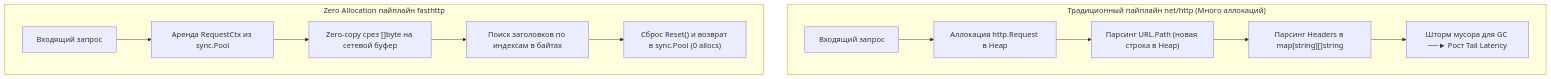
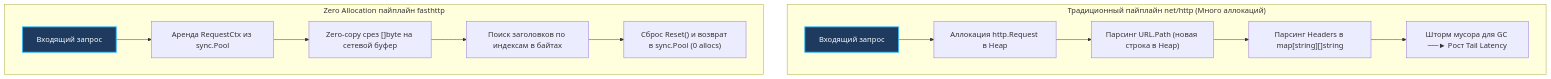
Before and after one commit to UnrealTemplier/go-textbook: the first of 2 diagrams in sources/16. Профилирование, отладка и производительность/09. Практические оптимизации/9. Zero allocation подход.md, drawn with Mermaid. The commit also changed other lines of this file and 1666 other files, not shown here.

First line of the commit message:
feat(mermaid): add semantic color classDef to 1369 colorless flowchart/graph diagrams

````diff
--- a/sources/16. Профилирование, отладка и производительность/09. Практические оптимизации/9. Zero allocation подход.md
+++ b/sources/16. Профилирование, отладка и производительность/09. Практические оптимизации/9. Zero allocation подход.md
@@ -19,16 +19,26 @@
 ```mermaid
 flowchart TD
+    classDef process  fill:#1e293b,stroke:#38bdf8,stroke-width:1px,color:#f8fafc
+    classDef success  fill:#064e3b,stroke:#34d399,stroke-width:1px,color:#f8fafc
+    classDef error    fill:#7f1d1d,stroke:#f87171,stroke-width:1px,color:#f8fafc
+    classDef warning  fill:#78350f,stroke:#fbbf24,stroke-width:1px,color:#f8fafc
+    classDef entry    fill:#1e3a5f,stroke:#38bdf8,stroke-width:2px,color:#f8fafc
+    classDef aux      fill:#334155,stroke:#64748b,stroke-width:1px,color:#f8fafc
+    classDef system   fill:#312e81,stroke:#a78bfa,stroke-width:1px,color:#f8fafc
+    classDef data     fill:#132d29,stroke:#2dd4bf,stroke-width:1px,color:#f8fafc
+    classDef network  fill:#881337,stroke:#fb7185,stroke-width:1px,color:#f8fafc
+    classDef accent   fill:#1e1b4b,stroke:#818cf8,stroke-width:1px,color:#f8fafc
     subgraph NetHttp ["Традиционный пайплайн net/http (Много аллокаций)"]
-        N1["Входящий запрос"] --> N2["Аллокация http.Request в Heap"]
+        N1["Входящий запрос"]:::entry --> N2["Аллокация http.Request в Heap"]
         N2 --> N3["Парсинг URL.Path (новая строка в Heap)"]
         N3 --> N4["Парсинг Headers в map[string][]string"]
         N4 --> N5["Шторм мусора для GC ──► Рост Tail Latency"]
     end
 
     subgraph FastHttp ["Zero Allocation пайплайн fasthttp"]
-        F1["Входящий запрос"] --> F2["Аренда RequestCtx из sync.Pool"]
+        F1["Входящий запрос"]:::entry --> F2["Аренда RequestCtx из sync.Pool"]
         F2 --> F3["Zero-copy срез []byte на сетевой буфер"]
         F3 --> F4["Поиск заголовков по индексам в байтах"]
         F4 --> F5["Сброс Reset() и возврат в sync.Pool (0 allocs)"]
     end
 ```
````
